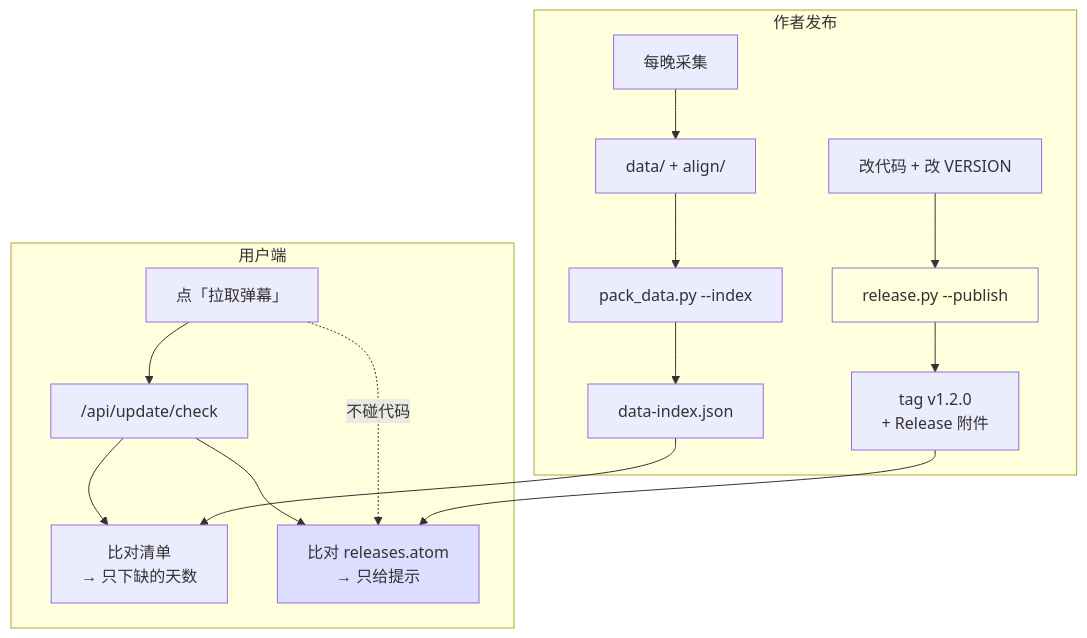
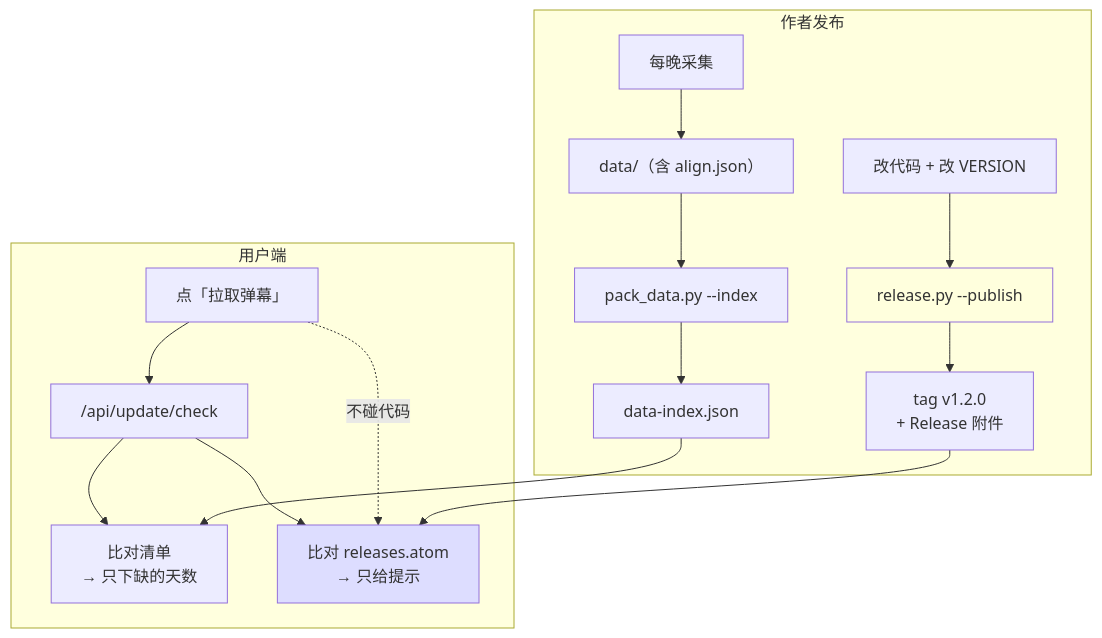
One commit to root9701/danmaku-timewarp changed the second of 3 diagrams in 架构总览.md. Above: the diagram before and after it, drawn with Mermaid. The commit also changed other lines of this file and 16 other files, not shown here.

First line of the commit message:
对齐结果改为随数据分发: data/{日期}/align.json

````diff
--- a/架构总览.md
+++ b/架构总览.md
@@ -68,20 +68,20 @@
 ```mermaid
 flowchart TB
     subgraph 作者["作者发布"]
-        A1["每晚采集"] --> A2["data/ + align/"]
+        A1["每晚采集"] --> A2["data/（含 align.json）"]
         A2 --> A3["pack_data.py --index"]
         A3 --> A4["data-index.json"]
         A5["改代码 + 改 VERSION"] --> A6["release.py --publish"]
         A6 --> A7["tag v1.2.0<br/>+ Release 附件"]
     end
     subgraph 用户["用户端"]
         B1["点「拉取弹幕」"] --> B2["/api/update/check"]
         B2 --> B3["比对清单<br/>→ 只下缺的天数"]
         B2 --> B4["比对 releases.atom<br/>→ 只给提示"]
         B1 -.不碰代码.-> B4
     end
     A4 --> B3
     A7 --> B4
     style A6 fill:#ffd
     style B4 fill:#ddf
 ```
````
